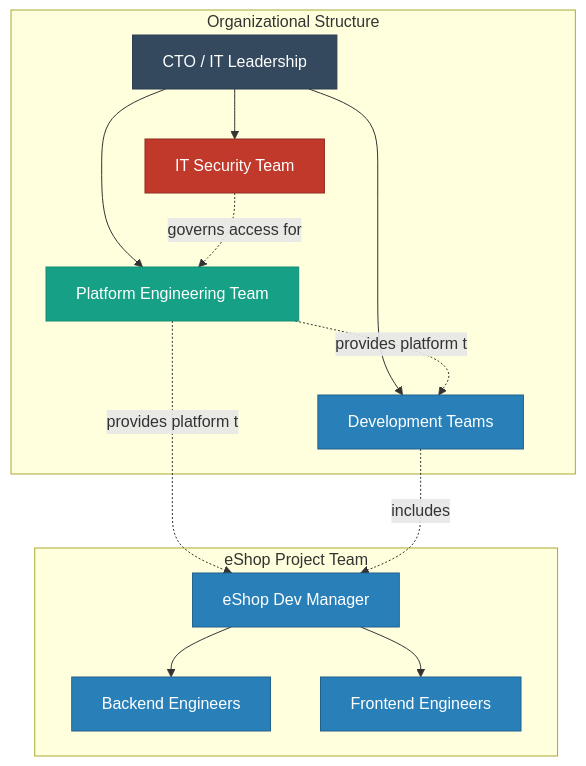
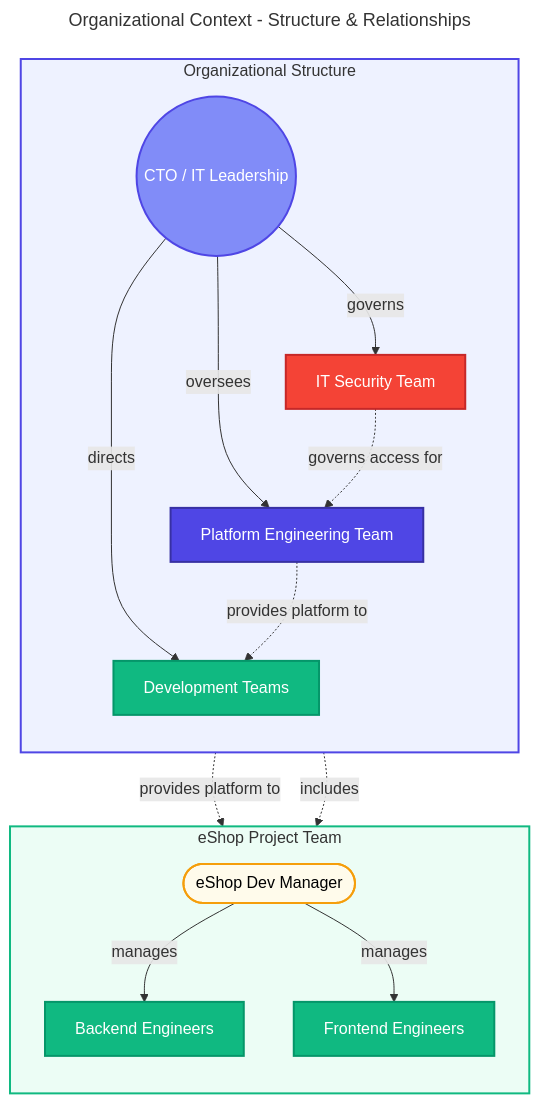
The third of 7 diagrams in docs/architecture/Business_architecture_document.md (Evilazaro/DevExp-DevBox), drawn with Mermaid before and after one commit. The commit also changed other lines of this file, not shown here.

Commit message:
Refactor Business Architecture diagrams for improved clarity and consistency

````diff
--- a/docs/architecture/Business_architecture_document.md
+++ b/docs/architecture/Business_architecture_document.md
@@ -232,37 +272,53 @@
 ```mermaid
-graph TB
-    subgraph "Organizational Structure"
-        CTO[CTO / IT Leadership]
-        PLATFORM_TEAM[Platform Engineering Team]
-        DEV_TEAMS[Development Teams]
-        SECURITY_TEAM[IT Security Team]
+---
+title: Organizational Context - Structure & Relationships
+---
+flowchart TB
+    %% ===== ORGANIZATIONAL STRUCTURE =====
+    subgraph orgStructure["Organizational Structure"]
+        direction TB
+        cto(("CTO / IT Leadership"))
+        platformTeam["Platform Engineering Team"]
+        devTeams["Development Teams"]
+        securityTeam["IT Security Team"]
 
-        CTO --> PLATFORM_TEAM
-        CTO --> DEV_TEAMS
-        CTO --> SECURITY_TEAM
+        cto -->|oversees| platformTeam
+        cto -->|directs| devTeams
+        cto -->|governs| securityTeam
     end
 
-    subgraph "eShop Project Team"
-        ESHOP_MGR[eShop Dev Manager]
-        BACKEND_DEVS[Backend Engineers]
-        FRONTEND_DEVS[Frontend Engineers]
+    %% ===== ESHOP PROJECT TEAM =====
+    subgraph eShopTeam["eShop Project Team"]
+        direction TB
+        eShopMgr(["eShop Dev Manager"])
+        backendDevs["Backend Engineers"]
+        frontendDevs["Frontend Engineers"]
 
-        ESHOP_MGR --> BACKEND_DEVS
-        ESHOP_MGR --> FRONTEND_DEVS
+        eShopMgr -->|manages| backendDevs
+        eShopMgr -->|manages| frontendDevs
     end
 
-    PLATFORM_TEAM -.provides platform to.-> DEV_TEAMS
-    PLATFORM_TEAM -.provides platform to.-> ESHOP_MGR
-    DEV_TEAMS -.includes.-> ESHOP_MGR
-    SECURITY_TEAM -.governs access for.-> PLATFORM_TEAM
+    %% ===== CROSS-TEAM RELATIONSHIPS =====
+    platformTeam -.->|provides platform to| devTeams
+    platformTeam -.->|provides platform to| eShopMgr
+    devTeams -.->|includes| eShopMgr
+    securityTeam -.->|governs access for| platformTeam
 
-    classDef leadership fill:#34495E,stroke:#2C3E50,color:#FFF
-    classDef platform fill:#16A085,stroke:#138D75,color:#FFF
-    classDef devTeam fill:#2980B9,stroke:#21618C,color:#FFF
-    classDef security fill:#C0392B,stroke:#922B21,color:#FFF
+    %% ===== STYLING: NODE CLASSES =====
+    classDef trigger fill:#818CF8,stroke:#4F46E5,color:#FFFFFF,stroke-width:2px
+    classDef primary fill:#4F46E5,stroke:#3730A3,color:#FFFFFF,stroke-width:2px
+    classDef secondary fill:#10B981,stroke:#059669,color:#FFFFFF,stroke-width:2px
+    classDef failed fill:#F44336,stroke:#C62828,color:#FFFFFF,stroke-width:2px
+    classDef decision fill:#FFFBEB,stroke:#F59E0B,color:#000000,stroke-width:2px
 
-    class CTO leadership
-    class PLATFORM_TEAM,PLATFORM_ENG platform
-    class DEV_TEAMS,ESHOP_MGR,BACKEND_DEVS,FRONTEND_DEVS devTeam
-    class SECURITY_TEAM security
+    %% ===== APPLY NODE CLASSES =====
+    class cto trigger
+    class platformTeam primary
+    class devTeams,backendDevs,frontendDevs secondary
+    class securityTeam failed
+    class eShopMgr decision
+
+    %% ===== STYLING: SUBGRAPHS =====
+    style orgStructure fill:#EEF2FF,stroke:#4F46E5,stroke-width:2px
+    style eShopTeam fill:#ECFDF5,stroke:#10B981,stroke-width:2px
 ```
````
